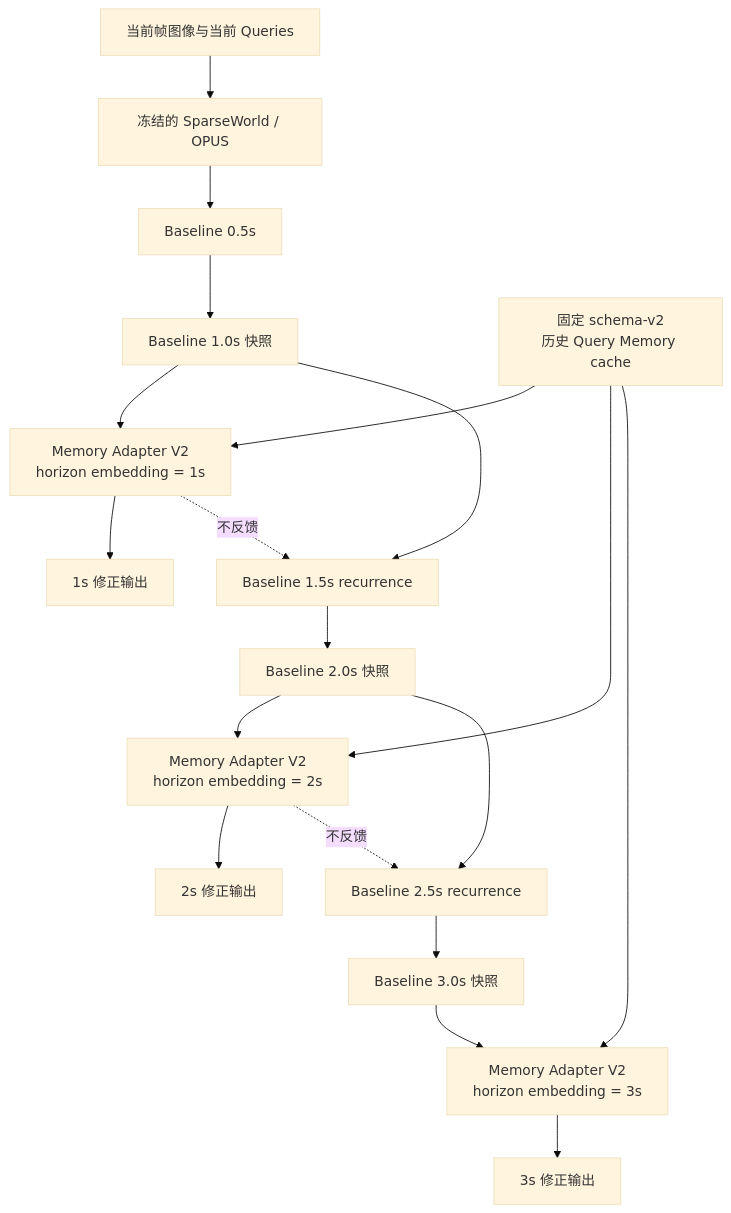
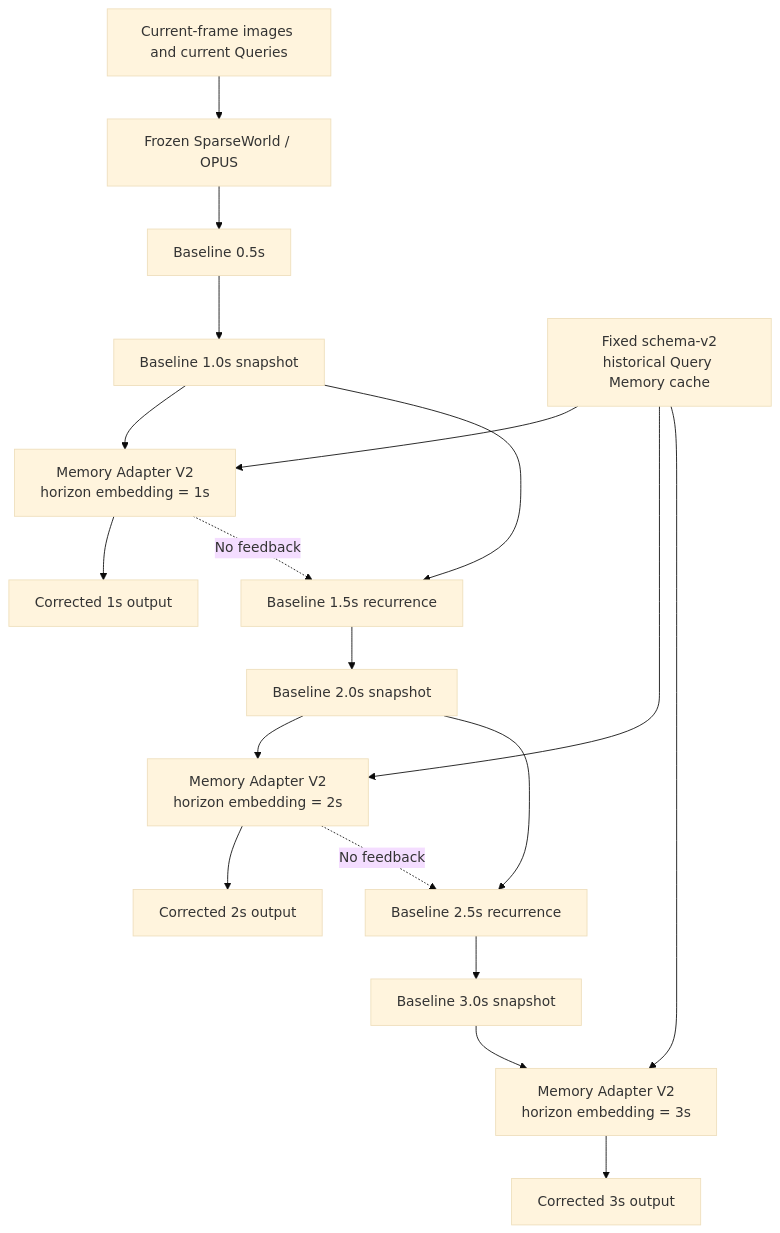
Before and after one commit to shayu36/WorldTime: the first of 3 diagrams in docs/FUTURE_MEMORY_ADAPTER_V2_SENIOR_REVIEW_REPORT.md, drawn with Mermaid (base theme). The commit also changed other lines of this file and 28 other files, not shown here.

````diff
--- a/docs/FUTURE_MEMORY_ADAPTER_V2_SENIOR_REVIEW_REPORT.md
+++ b/docs/FUTURE_MEMORY_ADAPTER_V2_SENIOR_REVIEW_REPORT.md
@@ -29,23 +29,23 @@
 ```mermaid
 flowchart TD
-    I[当前帧图像与当前 Queries] --> B0[冻结的 SparseWorld / OPUS]
+    I[Current-frame images and current Queries] --> B0[Frozen SparseWorld / OPUS]
     B0 --> T05[Baseline 0.5s]
-    T05 --> T10[Baseline 1.0s 快照]
+    T05 --> T10[Baseline 1.0s snapshot]
     T10 --> A10[Memory Adapter V2<br/>horizon embedding = 1s]
-    A10 --> O10[1s 修正输出]
+    A10 --> O10[Corrected 1s output]
     T10 --> T15[Baseline 1.5s recurrence]
-    T15 --> T20[Baseline 2.0s 快照]
+    T15 --> T20[Baseline 2.0s snapshot]
     T20 --> A20[Memory Adapter V2<br/>horizon embedding = 2s]
-    A20 --> O20[2s 修正输出]
+    A20 --> O20[Corrected 2s output]
     T20 --> T25[Baseline 2.5s recurrence]
-    T25 --> T30[Baseline 3.0s 快照]
+    T25 --> T30[Baseline 3.0s snapshot]
     T30 --> A30[Memory Adapter V2<br/>horizon embedding = 3s]
-    A30 --> O30[3s 修正输出]
+    A30 --> O30[Corrected 3s output]
 
-    M[固定 schema-v2<br/>历史 Query Memory cache] --> A10
+    M[Fixed schema-v2<br/>historical Query Memory cache] --> A10
     M --> A20
     M --> A30
 
-    A10 -. 不反馈 .-> T15
-    A20 -. 不反馈 .-> T25
+    A10 -. No feedback .-> T15
+    A20 -. No feedback .-> T25
 ```
````
